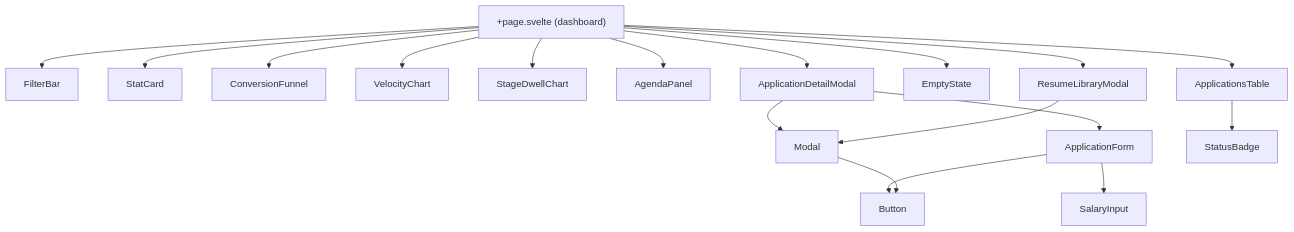
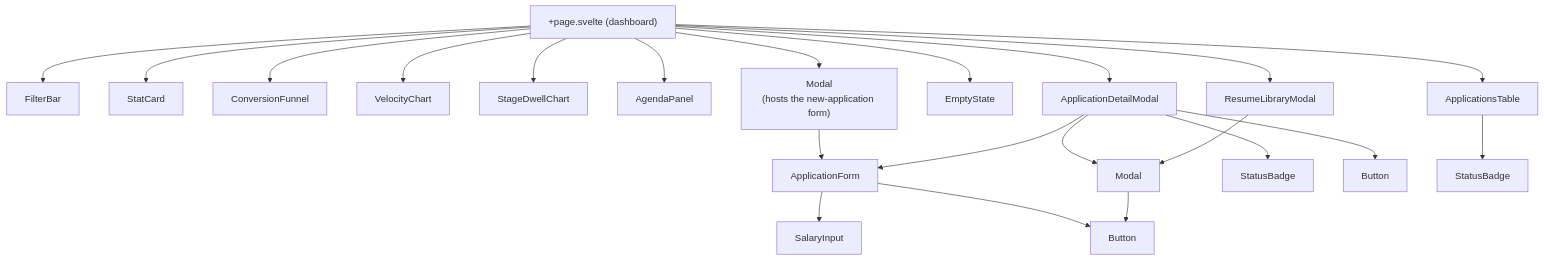
One commit to c0k0n/job-tracker changed the first of 4 diagrams in docs/components.md. Above: the diagram before and after it, drawn with Mermaid. The commit also changed other lines of this file and 45 other files, not shown here.

````diff
--- a/docs/components.md
+++ b/docs/components.md
@@ -7,20 +7,24 @@
 ```mermaid
 flowchart TD
     P["+page.svelte (dashboard)"] --> FB["FilterBar"]
     P --> SC["StatCard"]
     P --> CF["ConversionFunnel"]
     P --> VC["VelocityChart"]
     P --> SD["StageDwellChart"]
     P --> AG["AgendaPanel"]
     P --> AT["ApplicationsTable"]
     P --> ES["EmptyState"]
+    P --> M0["Modal<br/>(hosts the new-application form)"]
+    M0 --> AF["ApplicationForm"]
     P --> DM["ApplicationDetailModal"]
     P --> RM["ResumeLibraryModal"]
     DM --> M["Modal"]
     RM --> M
-    DM --> AF["ApplicationForm"]
+    DM --> AF
+    DM --> SB2["StatusBadge"]
+    DM --> B2["Button"]
     AF --> SI["SalaryInput"]
     AF --> B["Button"]
     AT --> SB["StatusBadge"]
     M --> B
 ```
````
